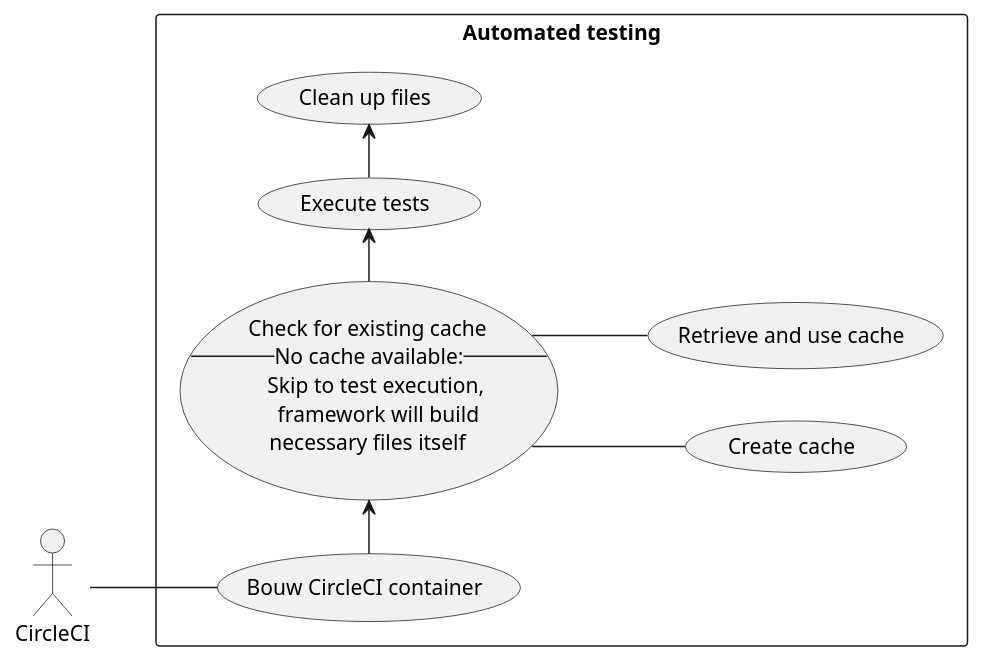
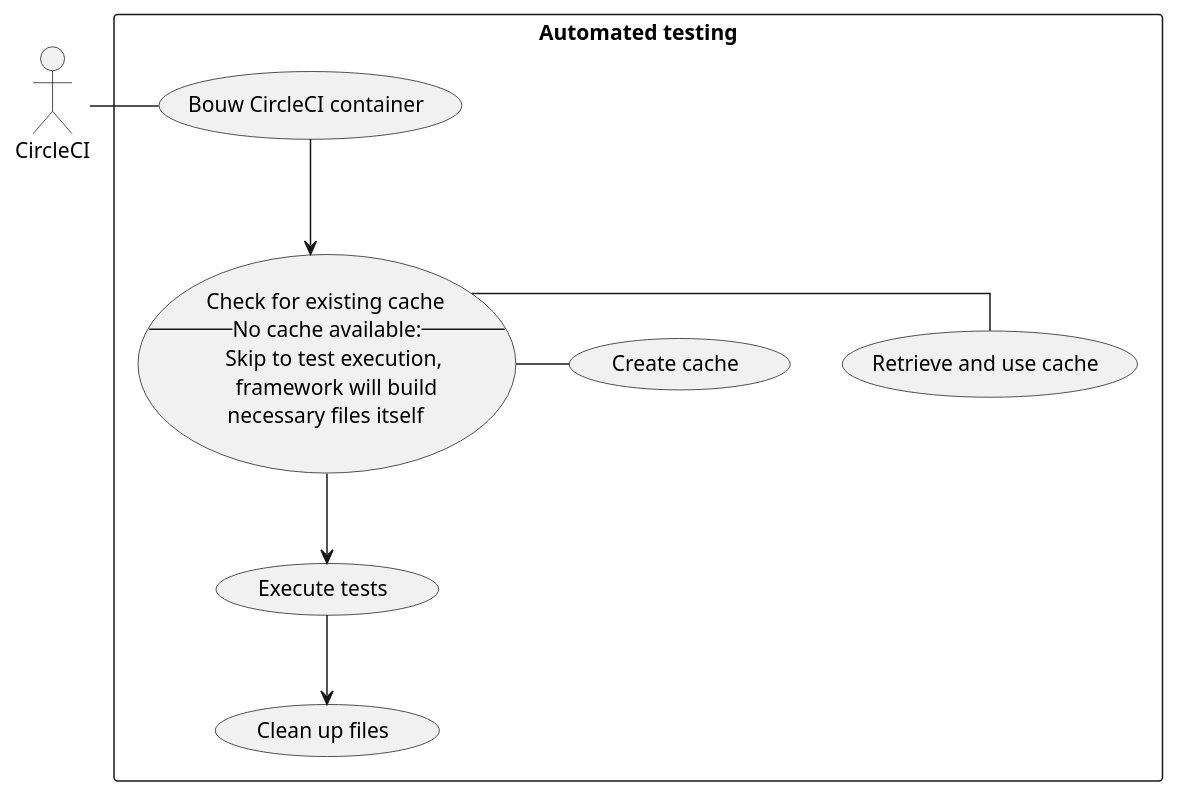
The diagram in Scenarios/AutomatedTesting.plantuml (dannypas00/bouw7-uml), drawn with PlantUML before and after one commit. The commit also changed 8 other files, not shown here.

Commit message:
Updated and fixed some diagrams

```diff
--- a/Scenarios/AutomatedTesting.plantuml
+++ b/Scenarios/AutomatedTesting.plantuml
@@ -1,27 +1,26 @@
 @startuml usecase
-left to right direction
 skinparam linetype ortho
 
 actor CI as "CircleCI"
 
 rectangle "Automated testing" {
     usecase start as "Bouw CircleCI container"
     usecase searchcache as "Check for existing cache
     --No cache available:--
         Skip to test execution, 
         framework will build
         necessary files itself"
     usecase run as "Execute tests"
     usecase cleanup as "Clean up files"
     usecase addcache as "Create cache"
     usecase getcache as "Retrieve and use cache"
 }
 
-CI -- start
-start -> searchcache
-searchcache -- getcache
-searchcache -- addcache
-searchcache -> run
-run -> cleanup
+CI - start
+start --> searchcache
+searchcache - getcache
+searchcache - addcache
+searchcache --> run
+run --> cleanup
 
 @enduml
```
